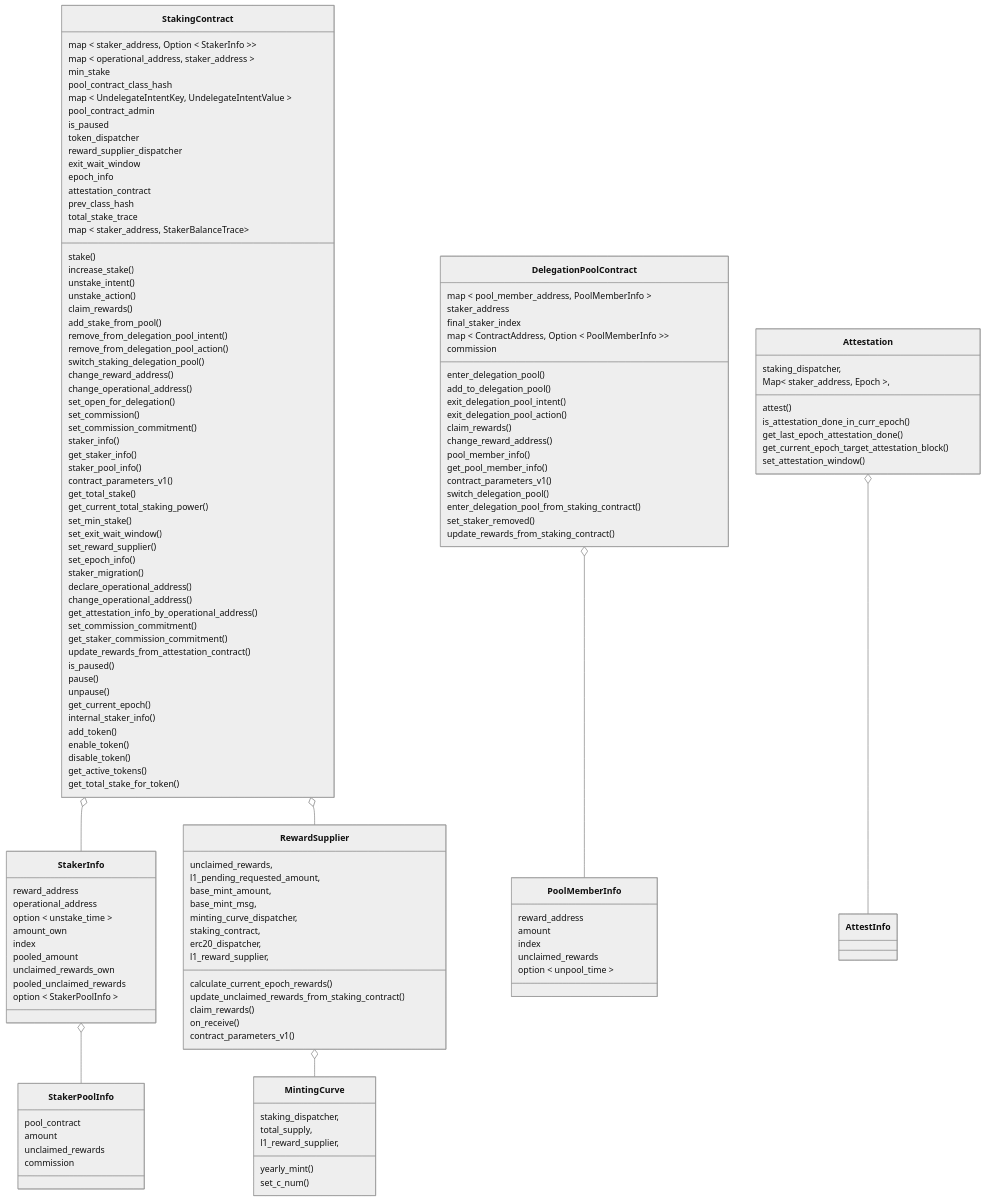
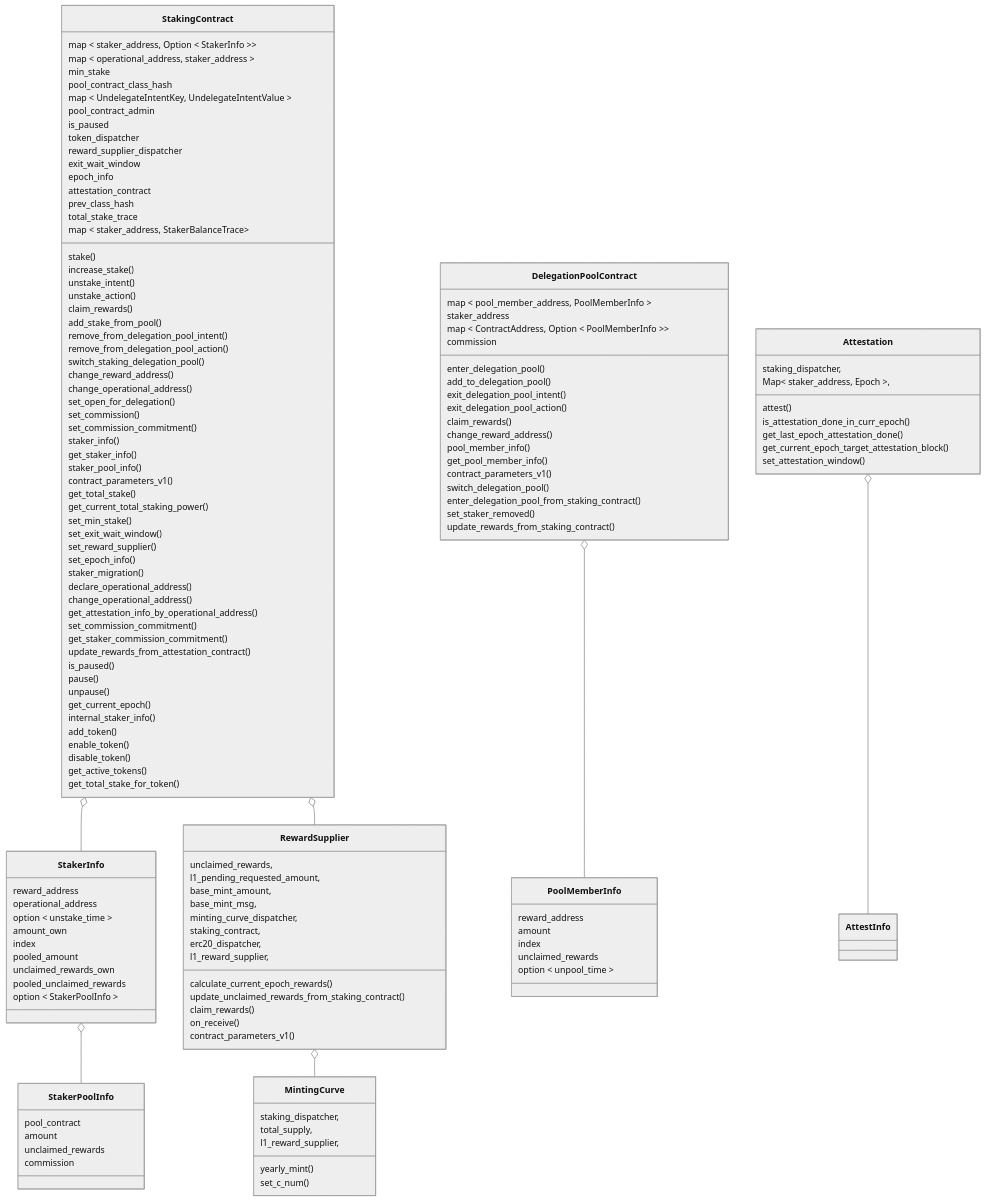
The first of 8 diagrams in workspace/apps/staking/docs/spec.md (starkware-libs/starknet-staking), drawn with Mermaid (neutral theme) before and after one commit. The commit also changed 1 other file, not shown here.

Commit message:
chore(staking): delete final_staker_index from storage (#4630)

```diff
--- a/workspace/apps/staking/docs/spec.md
+++ b/workspace/apps/staking/docs/spec.md
@@ -309,7 +309,6 @@
   class DelegationPoolContract{
     map < pool_member_address, PoolMemberInfo >
     staker_address
-    final_staker_index
     map < ContractAddress, Option < PoolMemberInfo >>
     commission
     enter_delegation_pool()
```
